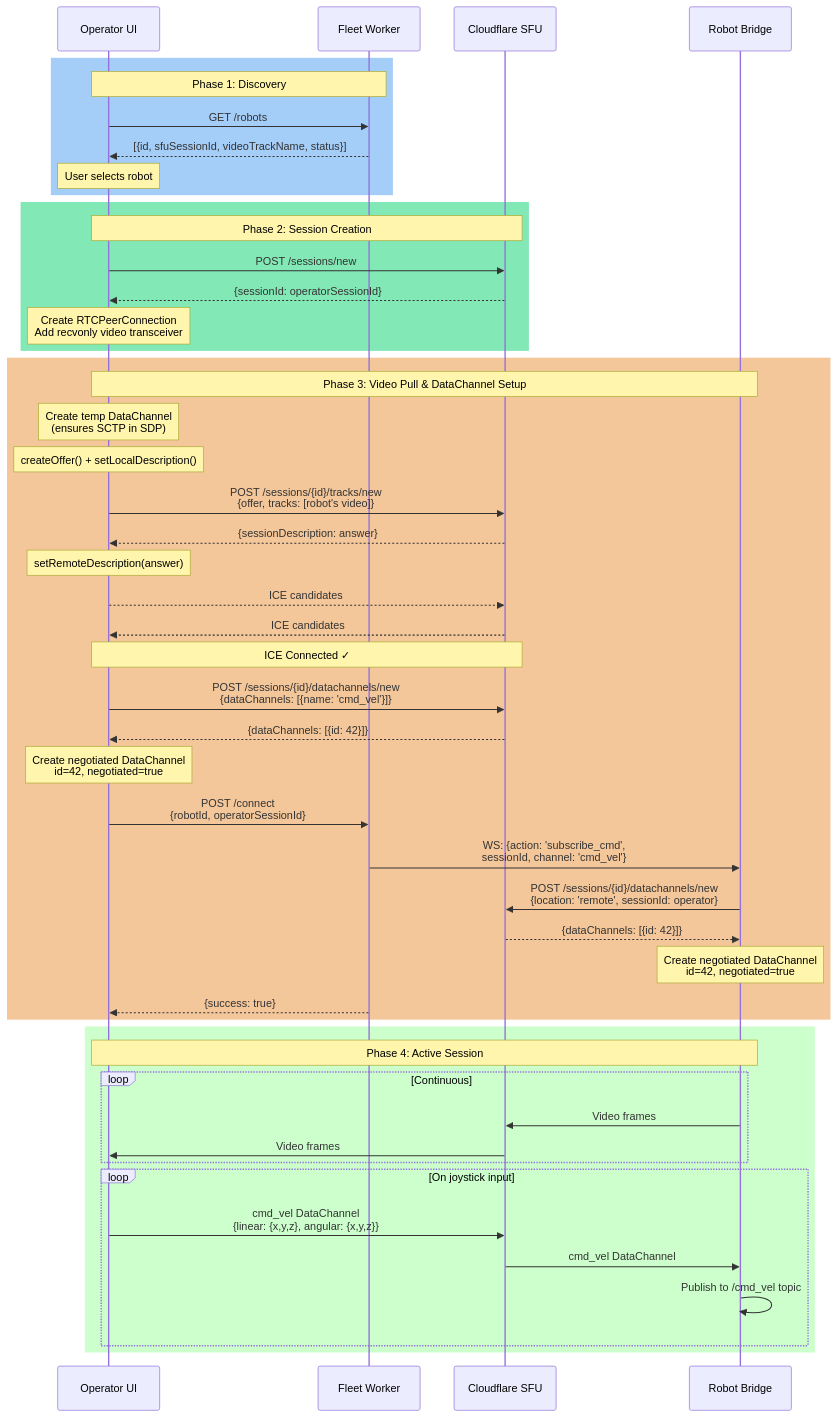
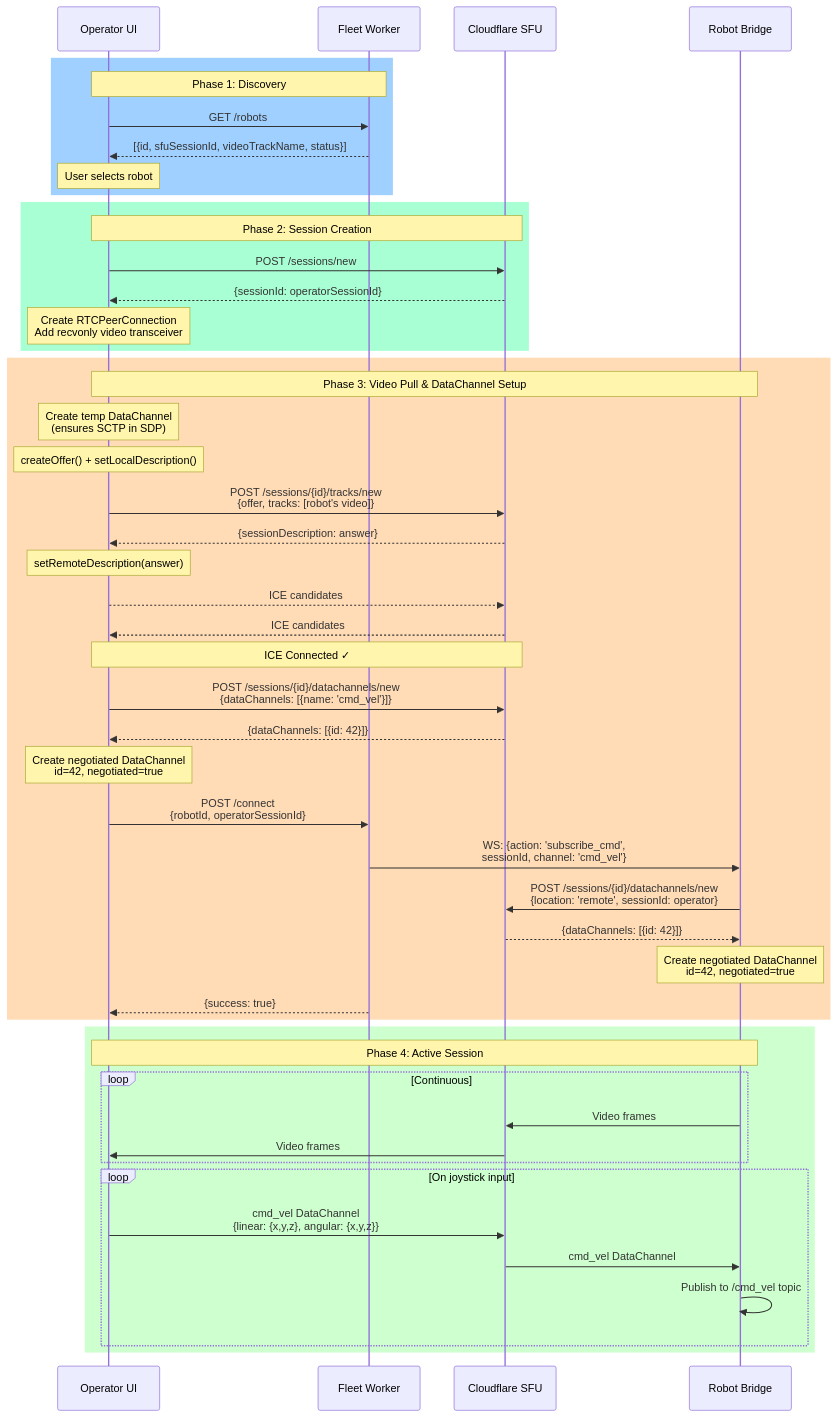
Before and after one commit to BigMuzzy/ugv_ws_pi: the second of 2 diagrams in cloud/frontend/README.md, drawn with Mermaid. The commit also changed other lines of this file and 1 other file, not shown here.

Commit message:
refactor: Update diagrams and color schemes in README for clarity and consistency

````diff
--- a/cloud/frontend/README.md
+++ b/cloud/frontend/README.md
@@ -56,63 +44,63 @@
 ```mermaid
 sequenceDiagram
     participant O as Operator UI
     participant FW as Fleet Worker
     participant SFU as Cloudflare SFU
     participant R as Robot Bridge
 
-    rect rgba(164, 205, 247, 1)
+    rect rgba(160, 208, 255, 1)
         Note over O,FW: Phase 1: Discovery
         O->>FW: GET /robots
         FW-->>O: [{id, sfuSessionId, videoTrackName, status}]
         Note over O: User selects robot
     end
 
-    rect rgba(130, 232, 181, 1)
+    rect rgba(169, 255, 212, 1)
         Note over O,SFU: Phase 2: Session Creation
         O->>SFU: POST /sessions/new
         SFU-->>O: {sessionId: operatorSessionId}
         Note over O: Create RTCPeerConnection<br/>Add recvonly video transceiver
     end
 
-    rect rgba(244, 199, 154, 1)
+    rect rgba(255, 219, 182, 1)
         Note over O,R: Phase 3: Video Pull & DataChannel Setup
         Note over O: Create temp DataChannel<br/>(ensures SCTP in SDP)
         Note over O: createOffer() + setLocalDescription()
         
         O->>SFU: POST /sessions/{id}/tracks/new<br/>{offer, tracks: [robot's video]}
         SFU-->>O: {sessionDescription: answer}
         Note over O: setRemoteDescription(answer)
         
         O-->>SFU: ICE candidates
         SFU-->>O: ICE candidates
         Note over O,SFU: ICE Connected ✓
         
         O->>SFU: POST /sessions/{id}/datachannels/new<br/>{dataChannels: [{name: 'cmd_vel'}]}
         SFU-->>O: {dataChannels: [{id: 42}]}
         Note over O: Create negotiated DataChannel<br/>id=42, negotiated=true
         
         O->>FW: POST /connect<br/>{robotId, operatorSessionId}
         FW->>R: WS: {action: 'subscribe_cmd',<br/>sessionId, channel: 'cmd_vel'}
         
         R->>SFU: POST /sessions/{id}/datachannels/new<br/>{location: 'remote', sessionId: operator}
         SFU-->>R: {dataChannels: [{id: 42}]}
         Note over R: Create negotiated DataChannel<br/>id=42, negotiated=true
         
         FW-->>O: {success: true}
     end
 
-    rect rgba(204, 255, 204, 1)
+    rect rgba(206, 255, 206, 1)
         Note over O,R: Phase 4: Active Session
         
         loop Continuous
             R->>SFU: Video frames
             SFU->>O: Video frames
         end
         
         loop On joystick input
             O->>SFU: cmd_vel DataChannel<br/>{linear: {x,y,z}, angular: {x,y,z}}
             SFU->>R: cmd_vel DataChannel
             R->>R: Publish to /cmd_vel topic
         end
     end
 ```
````
